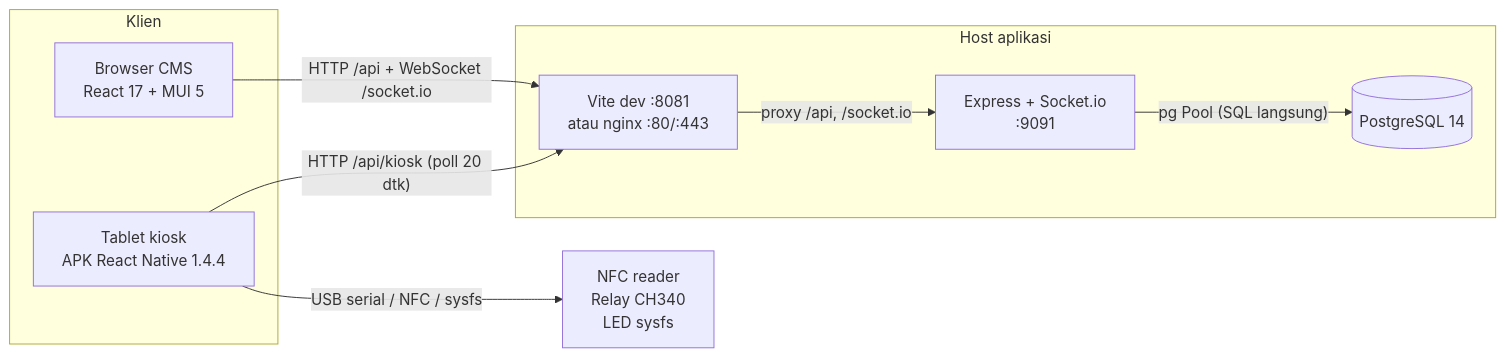
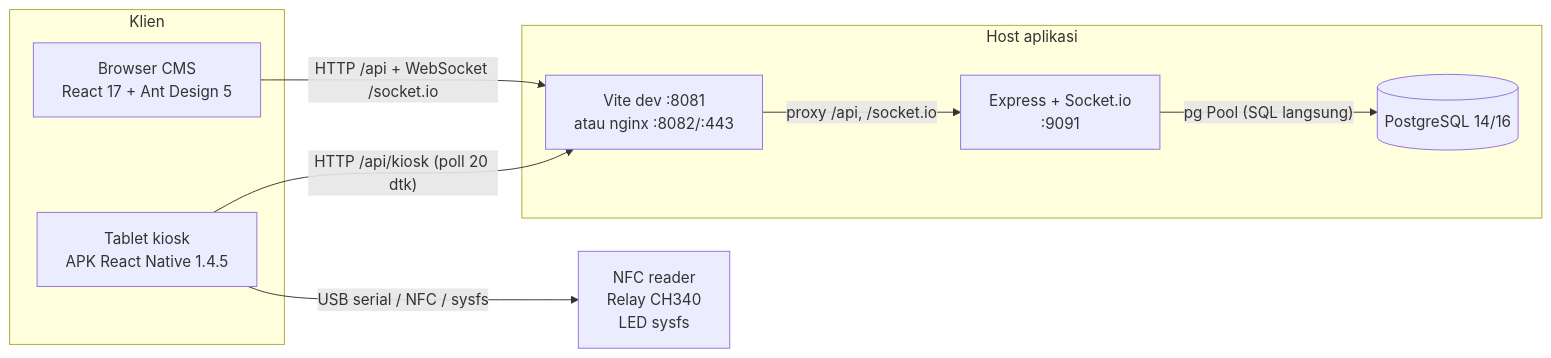
Before and after one commit to goodmeow/app_booking: the first of 5 diagrams in docs/architecture.md, drawn with Mermaid. The commit also changed other lines of this file and 126 other files, not shown here.

````diff
--- a/docs/architecture.md
+++ b/docs/architecture.md
@@ -28,21 +28,21 @@
 ```mermaid
 flowchart LR
   subgraph Klien
-    CMS["Browser CMS<br/>React 17 + MUI 5"]
-    KIOSK["Tablet kiosk<br/>APK React Native 1.4.4"]
+    CMS["Browser CMS<br/>React 17 + Ant Design 5"]
+    KIOSK["Tablet kiosk<br/>APK React Native 1.4.5"]
   end
 
   subgraph Host["Host aplikasi"]
-    EDGE["Vite dev :8081<br/>atau nginx :80/:443"]
+    EDGE["Vite dev :8081<br/>atau nginx :8082/:443"]
     API["Express + Socket.io<br/>:9091"]
-    DB[("PostgreSQL 14")]
+    DB[("PostgreSQL 14/16")]
   end
 
   HW["NFC reader<br/>Relay CH340<br/>LED sysfs"]
 
   CMS -->|"HTTP /api + WebSocket /socket.io"| EDGE
   EDGE -->|"proxy /api, /socket.io"| API
   API -->|"pg Pool (SQL langsung)"| DB
   KIOSK -->|"HTTP /api/kiosk (poll 20 dtk)"| EDGE
   KIOSK -->|"USB serial / NFC / sysfs"| HW
 ```
````
